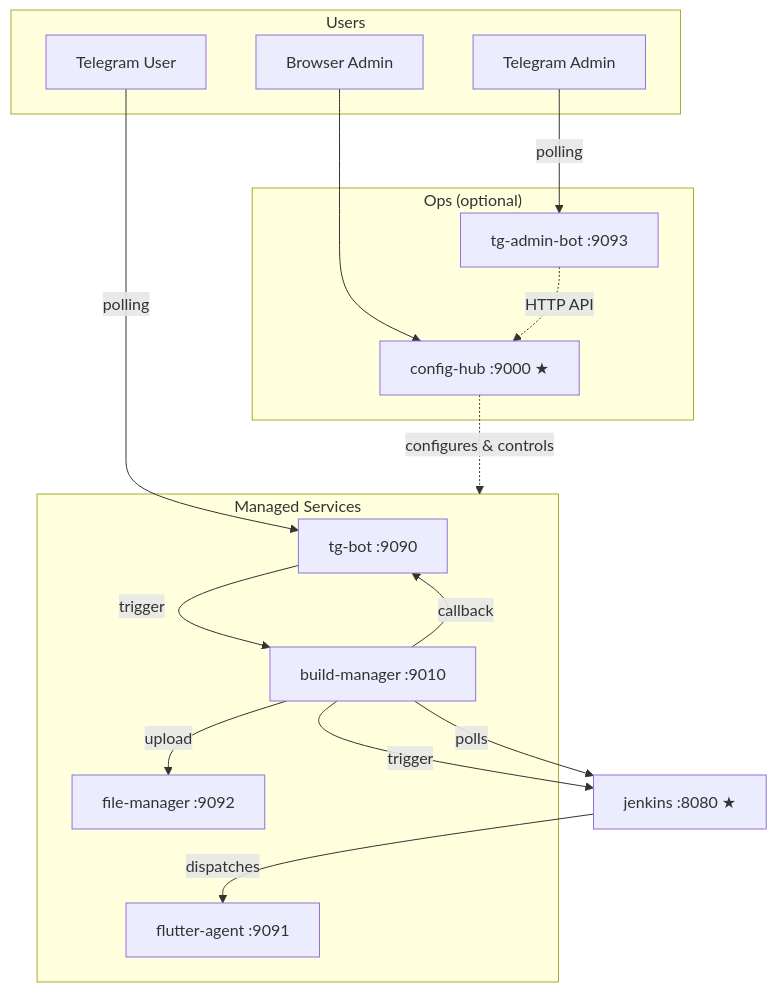
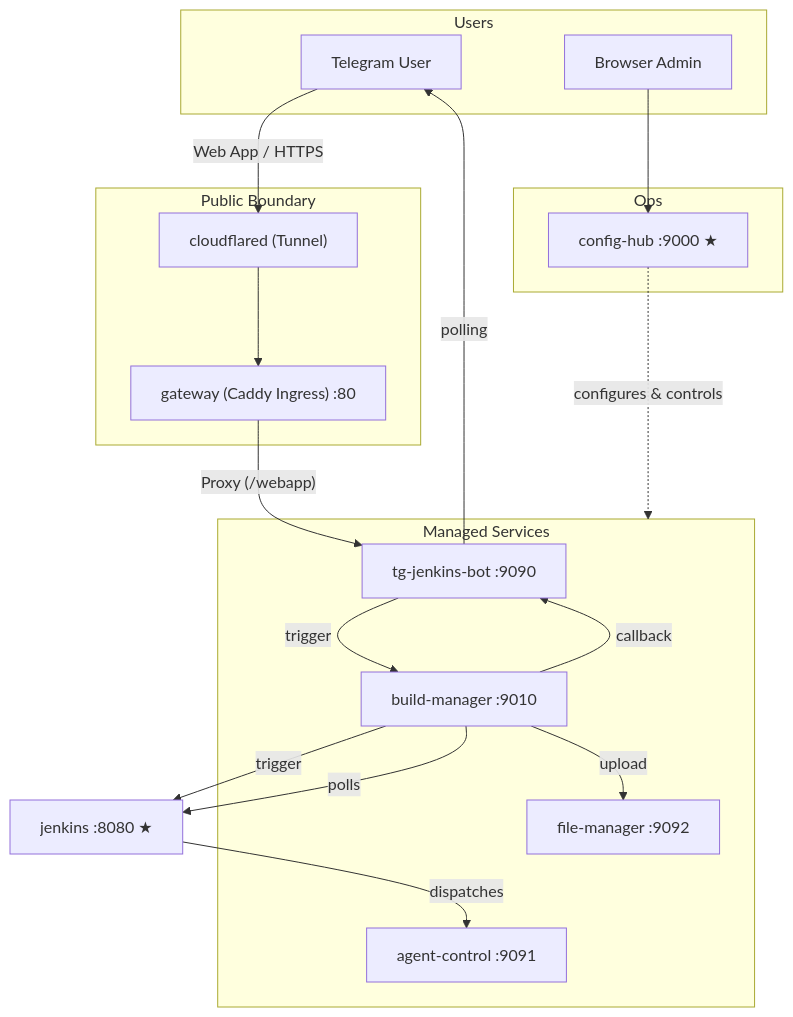
One commit to VinhNgT/jenkins-flutter-bot changed the diagram in .agents/rules/general-guide.md. Above: the diagram before and after it, drawn with Mermaid. The commit also changed other lines of this file and 5 other files, not shown here.

````diff
--- a/.agents/rules/general-guide.md
+++ b/.agents/rules/general-guide.md
@@ -61,35 +60,39 @@
 ```mermaid
 graph TD
     subgraph users["Users"]
         TU["Telegram User"]
         BA["Browser Admin"]
-        TA["Telegram Admin"]
     end
 
-    subgraph ops["Ops  (optional)"]
+    subgraph public["Public Boundary"]
+        CF["cloudflared (Tunnel)"]
+        GW["gateway (Caddy Ingress) :80"]
+    end
+
+    subgraph ops["Ops"]
         CH["config-hub :9000 ★"]
-        TAB["tg-admin-bot :9093"]
     end
 
     subgraph managed["Managed Services"]
-        BOT["tg-bot :9090"]
+        BOT["tg-jenkins-bot :9090"]
         BM["build-manager :9010"]
         FM["file-manager :9092"]
-        AGT["flutter-agent :9091"]
+        AGT["agent-control :9091"]
     end
 
     JNK["jenkins :8080 ★"]
 
-    TU -- polling --> BOT
+    TU -- Web App / HTTPS --> CF
+    CF --> GW
+    GW -- Proxy (/webapp) --> BOT
+    BOT -- polling --> TU
     BA --> CH
-    TA -- polling --> TAB
-    TAB -. "HTTP API" .-> CH
     CH -. "configures & controls" .-> managed
 
     BOT -- trigger --> BM
     BM -- trigger --> JNK
     JNK -- dispatches --> AGT
     BM -- polls --> JNK
     BM -- upload --> FM
     BM -- callback --> BOT
 ```
````
